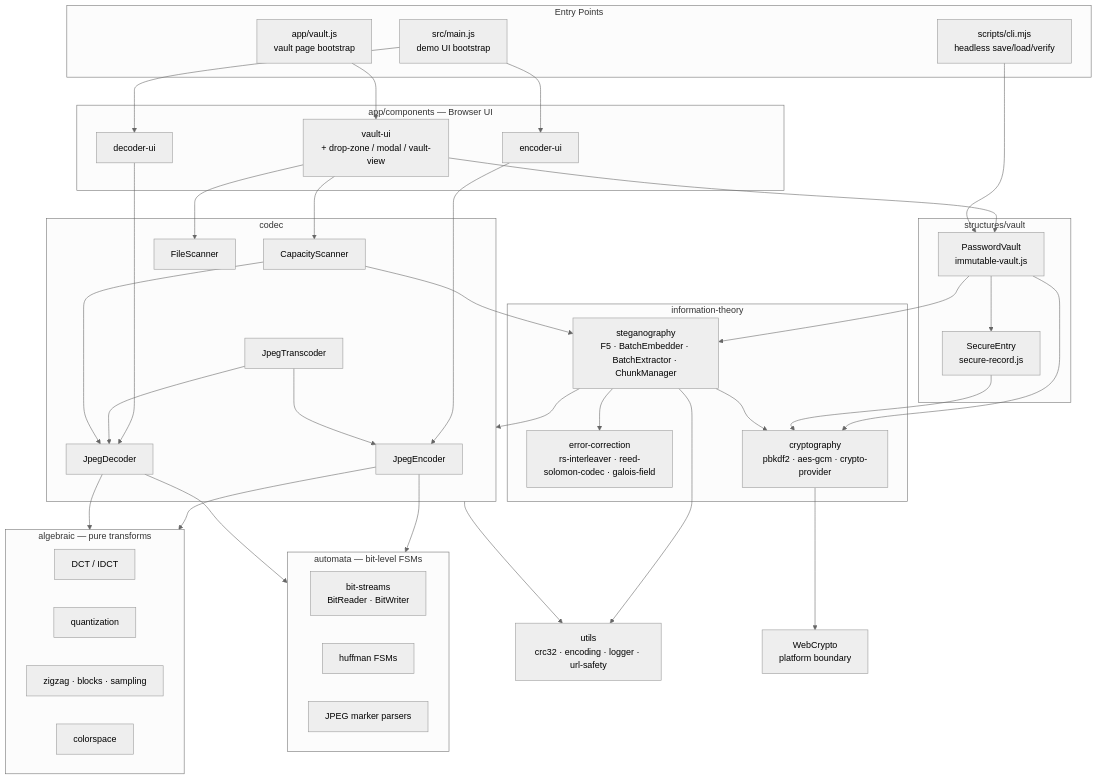
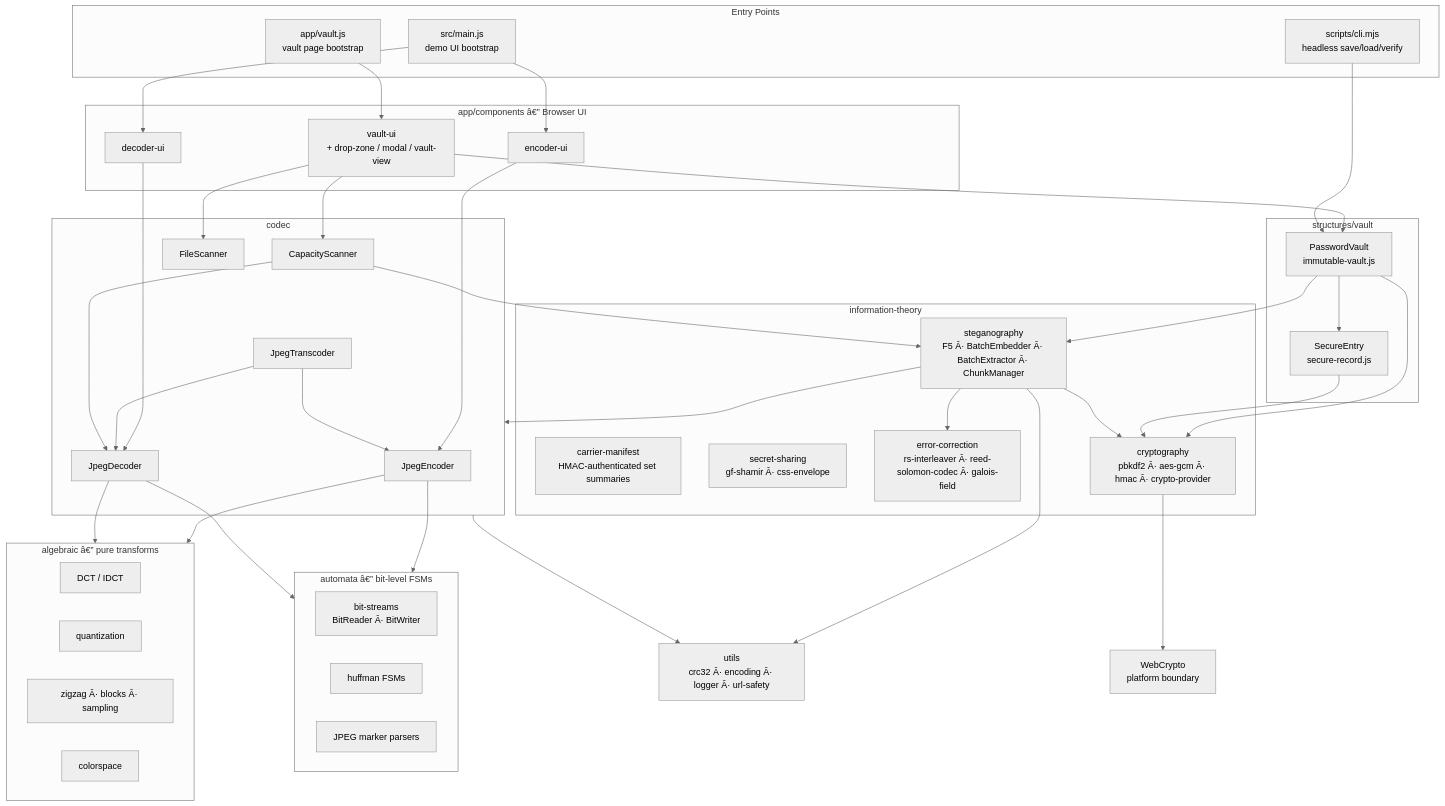
The first of 6 diagrams in WIREFRAME.md (jessebeard/Ollie), drawn with Mermaid (neutral theme) before and after one commit. The commit also changed other lines of this file and 12 other files, not shown here.

```diff
--- a/WIREFRAME.md
+++ b/WIREFRAME.md
@@ -75,7 +77,7 @@
         CLI["scripts/cli.mjs<br/>headless save/load/verify"]
     end
 
-    subgraph APP["app/components — Browser UI"]
+    subgraph APP["app/components â€” Browser UI"]
         ENCUI["encoder-ui"]
         DECUI["decoder-ui"]
         VUI["vault-ui<br/>+ drop-zone / modal / vault-view"]
@@ -87,9 +89,11 @@
     end
 
     subgraph IT["information-theory"]
-        STEGO["steganography<br/>F5 · BatchEmbedder · BatchExtractor · ChunkManager"]
-        ECC["error-correction<br/>rs-interleaver · reed-solomon-codec · galois-field"]
-        CRYPTO["cryptography<br/>pbkdf2 · aes-gcm · crypto-provider"]
+        STEGO["steganography<br/>F5 Â· BatchEmbedder Â· BatchExtractor Â· ChunkManager"]
+        MANIFEST["carrier-manifest<br/>HMAC-authenticated set summaries"]
+        CSS["secret-sharing<br/>gf-shamir Â· css-envelope"]
+        ECC["error-correction<br/>rs-interleaver Â· reed-solomon-codec Â· galois-field"]
+        CRYPTO["cryptography<br/>pbkdf2 Â· aes-gcm Â· hmac Â· crypto-provider"]
     end
 
     subgraph CODEC["codec"]
@@ -100,20 +104,20 @@
         FSC["FileScanner"]
     end
 
-    subgraph MATH["algebraic — pure transforms"]
+    subgraph MATH["algebraic â€” pure transforms"]
         DCT["DCT / IDCT"]
         QUANT["quantization"]
-        MAPS["zigzag · blocks · sampling"]
+        MAPS["zigzag Â· blocks Â· sampling"]
         COLOR["colorspace"]
     end
 
-    subgraph AUTO["automata — bit-level FSMs"]
-        BITS["bit-streams<br/>BitReader · BitWriter"]
+    subgraph AUTO["automata â€” bit-level FSMs"]
+        BITS["bit-streams<br/>BitReader Â· BitWriter"]
         HUF["huffman FSMs"]
         PARSERS["JPEG marker parsers"]
     end
 
-    UTILS["utils<br/>crc32 · encoding · logger · url-safety"]
+    UTILS["utils<br/>crc32 Â· encoding Â· logger Â· url-safety"]
     WEBGPU["WebCrypto<br/>platform boundary"]
 
     MAIN --> ENCUI
```
